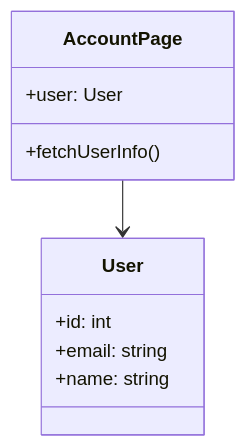
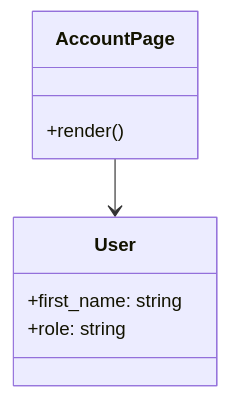
The diagram in docs/account/class.md (Saaka-y/korup), drawn with Mermaid before and after one commit. The commit also changed other lines of this file and 9 other files, not shown here.

````diff
--- a/docs/account/class.md
+++ b/docs/account/class.md
@@ -3,13 +3,13 @@
 ```mermaid
 classDiagram
     class AccountPage {
-        +user: User
-        +fetchUserInfo()
+        +render()
     }
+
     class User {
-        +id: int
-        +email: string
-        +name: string
+        +first_name: string
+        +role: string
     }
+
     AccountPage --> User
 ```
````
